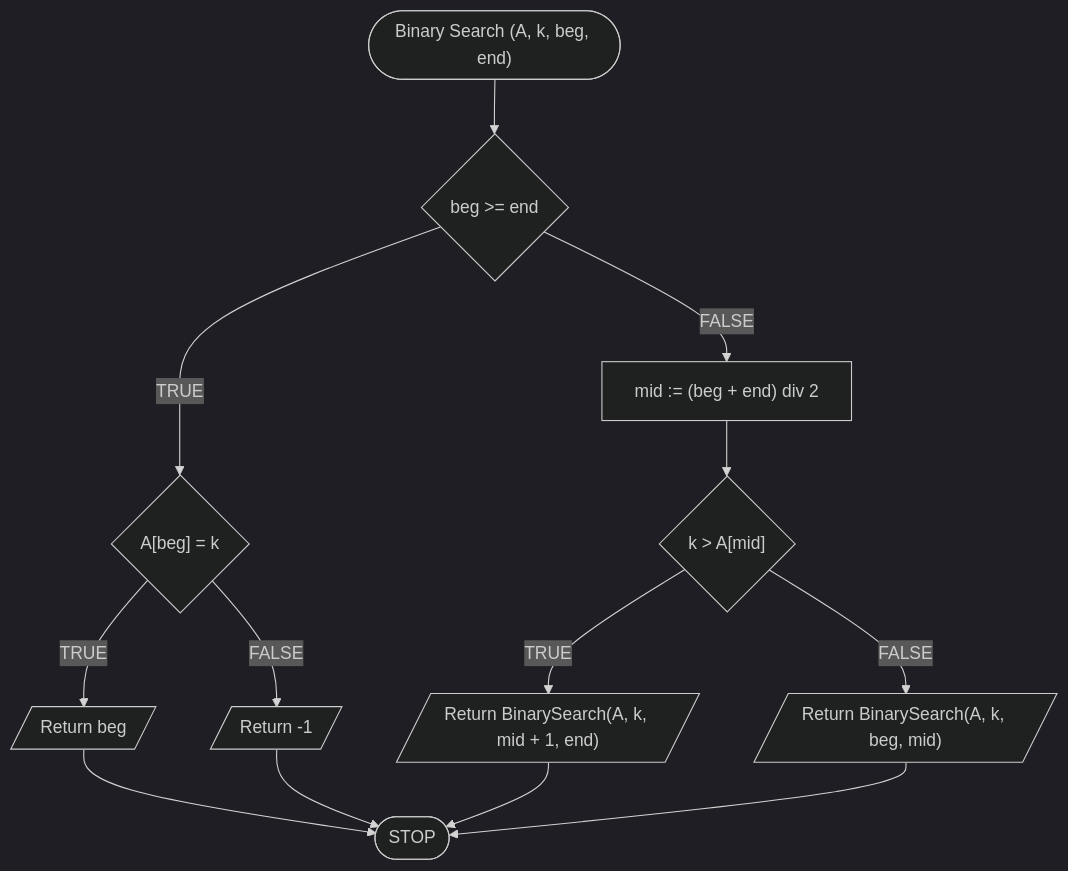
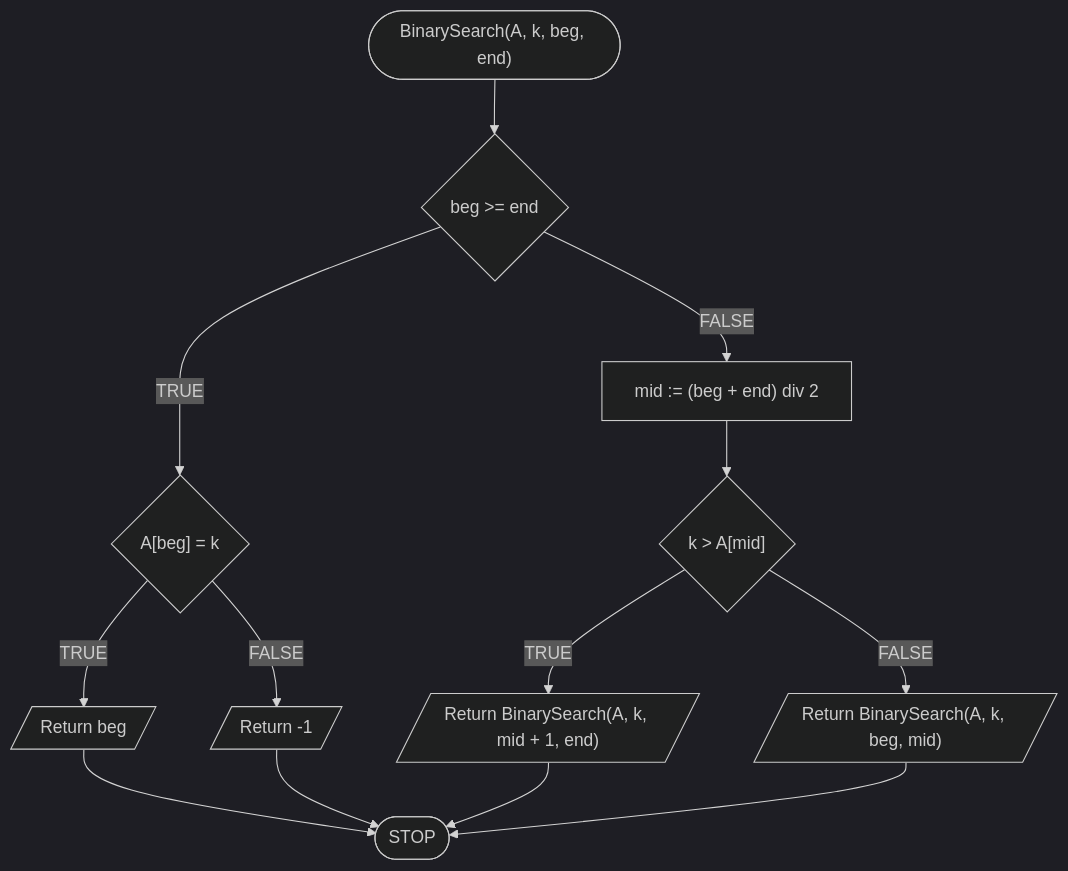
The second of 2 diagrams in algorithms/searching/binary-search.md (blackbat13/cs-htiew-en-gitbook), drawn with Mermaid (dark theme) before and after one commit. The commit also changed other lines of this file, not shown here.

````diff
--- a/algorithms/searching/binary-search.md
+++ b/algorithms/searching/binary-search.md
@@ -118,15 +118,15 @@
 ```mermaid
 flowchart TD
-	START(["Binary Search (A, k, beg, end)"]) --> K1{beg >= end}
+	START(["BinarySearch(A, k, beg, end)"]) --> K1{beg >= end}
 	K1 -- TRUE --> K2{"A[beg] = k"}
 	K2 -- TRUE --> K3[/Return beg/]
 	K3 --> STOP([STOP])
 	K2 -- FALSE --> K5[/Return -1/]
 	K5 --> STOP
 	K1 -- FALSE --> K6["mid := (beg + end) div 2"]
 	K6 --> K7{"k > A[mid]"}
 	K7 -- TRUE --> K8[/"Return BinarySearch(A, k, mid + 1, end)"/]
 	K8 --> STOP
 	K7 -- FALSE --> K9[/"Return BinarySearch(A, k, beg, mid)"/]
 	K9 --> STOP
 ```
````
